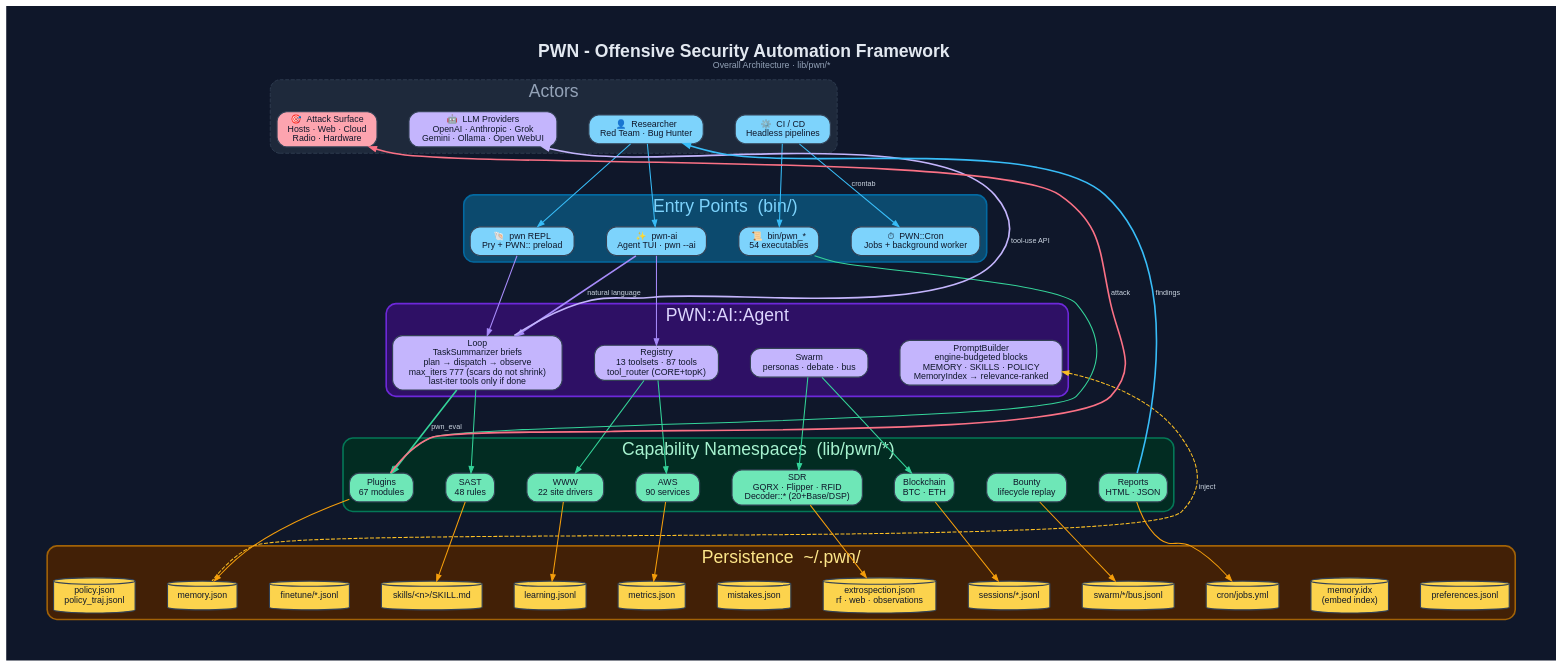
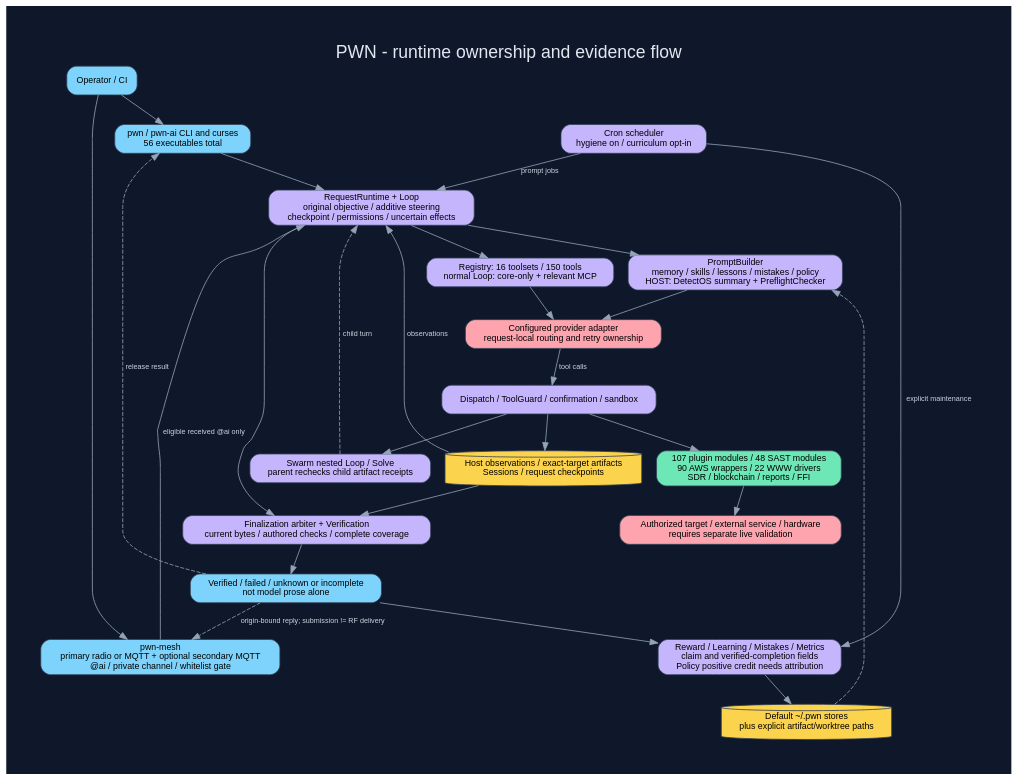
One commit to 0dayInc/pwn changed the diagram in documentation/diagrams/dot/overall-pwn-architecture.dot. Above: the diagram before and after it, drawn with Graphviz. The commit also changed 94 other files, not shown here.

```diff
--- a/documentation/diagrams/dot/overall-pwn-architecture.dot
+++ b/documentation/diagrams/dot/overall-pwn-architecture.dot
@@ -1,122 +1,34 @@
-digraph "PWN_Overall_Architecture" {
-  graph [
-    label=<<B>PWN - Offensive Security Automation Framework</B><BR/><FONT POINT-SIZE="11" COLOR="#94a3b8">Overall Architecture · lib/pwn/*</FONT>>,
-    labelloc=t, fontsize=22, fontname="Helvetica",
-    rankdir=TB, splines=spline, nodesep=0.55, ranksep=1.15,
-    bgcolor="#0f172a", fontcolor="#e2e8f0", pad=0.6, compound=true, newrank=true
-  ];
-  node [fontname="Helvetica", fontsize=11, style="filled,rounded",
-        shape=box, penwidth=1.4, color="#334155", fontcolor="#0f172a"];
-  edge [fontname="Helvetica", fontsize=9, color="#94a3b8",
-        fontcolor="#cbd5e1", penwidth=1.3, arrowsize=0.8];
-
-  /* ───────── L0 · ACTORS ───────── */
-  subgraph cluster_actors {
-    label="Actors"; fontcolor="#94a3b8"; style="rounded,dashed";
-    color="#334155"; bgcolor="#1e293b";
-    User   [label="👤  Researcher\nRed Team · Bug Hunter", fillcolor="#7dd3fc"];
-    CI     [label="⚙️  CI / CD\nHeadless pipelines",       fillcolor="#7dd3fc"];
-    LLM    [label="🤖  LLM Providers\nOpenAI · Anthropic · Grok\nGemini · Ollama · Open WebUI", fillcolor="#c4b5fd"];
-    Target [label="🎯  Attack Surface\nHosts · Web · Cloud\nRadio · Hardware", fillcolor="#fda4af"];
-  }
-  {rank=same; User; CI; LLM; Target}
-
-  /* ───────── L1 · ENTRY POINTS ───────── */
-  subgraph cluster_entry {
-    label="Entry Points  (bin/)"; fontcolor="#7dd3fc";
-    style=rounded; color="#0369a1"; bgcolor="#0c4a6e"; penwidth=2;
-    REPL  [label="🐚  pwn REPL\nPry + PWN:: preload",       fillcolor="#7dd3fc"];
-    PwnAI [label="✨  pwn-ai\nAgent TUI · pwn --ai",         fillcolor="#7dd3fc"];
-    CLI   [label="📜  bin/pwn_*\n54 executables",            fillcolor="#7dd3fc"];
-    Cronb [label="⏱  PWN::Cron\nJobs + background worker", fillcolor="#7dd3fc"];
-  }
-  {rank=same; REPL; PwnAI; CLI; Cronb}
-
-  /* ───────── L2 · AI AGENT CORE ───────── */
-  subgraph cluster_agent {
-    label="PWN::AI::Agent"; fontcolor="#ddd6fe";
-    style=rounded; color="#6d28d9"; bgcolor="#2e1065"; penwidth=2;
-    Loop     [label="Loop\nTaskSummarizer briefs\nplan → dispatch → observe\nmax_iters 777 (scars do not shrink)\nlast-iter tools only if done",      fillcolor="#c4b5fd"];
-    Registry [label="Registry\n13 toolsets · 87 tools\ntool_router (CORE+topK)",    fillcolor="#c4b5fd"];
-    Swarm    [label="Swarm\npersonas · debate · bus",        fillcolor="#c4b5fd"];
-    Prompt   [label="PromptBuilder\nengine-budgeted blocks\nMEMORY · SKILLS · POLICY\nMemoryIndex → relevance-ranked",fillcolor="#c4b5fd"];
-  }
-  {rank=same; Loop; Registry; Swarm; Prompt}
-
-  /* ───────── L3 · CAPABILITY NAMESPACES ───────── */
-  subgraph cluster_caps {
-    label="Capability Namespaces  (lib/pwn/*)"; fontcolor="#a7f3d0";
-    style=rounded; color="#047857"; bgcolor="#022c22"; penwidth=2;
-    Plugins [label="Plugins\n67 modules",     fillcolor="#6ee7b7"];
-    SAST    [label="SAST\n48 rules",          fillcolor="#6ee7b7"];
-    WWW     [label="WWW\n22 site drivers",    fillcolor="#6ee7b7"];
-    AWS     [label="AWS\n90 services",        fillcolor="#6ee7b7"];
-    SDR     [label="SDR\nGQRX · Flipper · RFID\nDecoder::* (20+Base/DSP)", fillcolor="#6ee7b7"];
-    Chain   [label="Blockchain\nBTC · ETH",   fillcolor="#6ee7b7"];
-    Bounty  [label="Bounty\nlifecycle replay", fillcolor="#6ee7b7"];
-    Reports [label="Reports\nHTML · JSON",    fillcolor="#6ee7b7"];
-  }
-  {rank=same; Plugins; SAST; WWW; AWS; SDR; Chain; Bounty; Reports}
-
-  /* ───────── L4 · PERSISTENCE (~/.pwn) ───────── */
-  subgraph cluster_persist {
-    label="Persistence  ~/.pwn/"; fontcolor="#fde68a";
-    style=rounded; color="#a16207"; bgcolor="#422006"; penwidth=2;
-    Memory   [label="memory.json",       shape=cylinder, fillcolor="#fcd34d"];
-    MemIdx   [label="memory.idx\n(embed index)", shape=cylinder, fillcolor="#fcd34d"];
-    Skills   [label="skills/<n>/SKILL.md",        shape=cylinder, fillcolor="#fcd34d"];
-    Learn    [label="learning.jsonl",     shape=cylinder, fillcolor="#fcd34d"];
-    Metrics  [label="metrics.json",       shape=cylinder, fillcolor="#fcd34d"];
-    MistF    [label="mistakes.json",      shape=cylinder, fillcolor="#fcd34d"];
-    Extro    [label="extrospection.json\nrf · web · observations", shape=cylinder, fillcolor="#fcd34d"];
-    Sessions [label="sessions/*.jsonl",   shape=cylinder, fillcolor="#fcd34d"];
-    SwarmB   [label="swarm/*/bus.jsonl",  shape=cylinder, fillcolor="#fcd34d"];
-    CronF    [label="cron/jobs.yml",      shape=cylinder, fillcolor="#fcd34d"];
-    Finetune [label="finetune/*.jsonl", shape=cylinder, fillcolor="#fcd34d"];
-    Prefs    [label="preferences.jsonl", shape=cylinder, fillcolor="#fcd34d"];
-    PolicyF  [label="policy.json\npolicy_traj.jsonl", shape=cylinder, fillcolor="#fcd34d"];
-  }
-  {rank=same; Memory; MemIdx; Skills; Learn; Metrics; MistF; Extro; Sessions; SwarmB; CronF; Finetune; Prefs; PolicyF}
-
-  /* ── L0 → L1 ── */
-  User -> REPL   [color="#38bdf8"];
-  User -> PwnAI  [color="#38bdf8"];
-  CI   -> CLI    [color="#38bdf8"];
-  CI   -> Cronb  [label="crontab", color="#38bdf8"];
-
-  /* ── L1 → L2 ── */
-  REPL  -> Loop     [color="#a78bfa"];
-  PwnAI -> Loop     [label="natural language", color="#a78bfa", penwidth=2];
-  PwnAI -> Registry [color="#a78bfa"];
-  CLI   -> Swarm    [style=invis];
-  Cronb -> Prompt   [style=invis];
-
-  /* ── L2 → L3 ── */
-  Loop     -> Plugins [label="pwn_eval", color="#34d399", penwidth=2];
-  Loop     -> SAST    [color="#34d399"];
-  Registry -> WWW     [color="#34d399"];
-  Registry -> AWS     [color="#34d399"];
-  Swarm    -> SDR     [color="#34d399"];
-  Swarm    -> Chain   [color="#34d399"];
-  Prompt   -> Bounty  [style=invis];
-  Prompt   -> Reports [style=invis];
-  CLI      -> Plugins [color="#34d399", constraint=false];
-
-  /* ── L3 → L4 ── */
-  Plugins -> Memory   [color="#f59e0b"];
-  SAST    -> Skills   [color="#f59e0b"];
-  WWW     -> Learn    [color="#f59e0b"];
-  AWS     -> Metrics  [color="#f59e0b"];
-  SDR     -> MistF    [style=invis];
-  SDR     -> Extro    [color="#f59e0b"];
-  Chain   -> Sessions [color="#f59e0b"];
-  Bounty  -> SwarmB   [color="#f59e0b"];
-  Reports -> CronF    [color="#f59e0b"];
-  Reports -> Prefs    [style=invis];
-
-  /* ── side flows (few, non-constraining) ── */
-  Loop    -> LLM    [label="tool-use API", color="#c4b5fd", constraint=false, penwidth=2];
-  Plugins -> Target [label="attack",       color="#fb7185", constraint=false, penwidth=2];
-  Prompt  -> Memory [label="inject", dir=back, color="#fbbf24", constraint=false, style=dashed];
-  Reports -> User   [label="findings", color="#38bdf8", constraint=false, penwidth=2];
+digraph PWN_Architecture {
+  graph [label="PWN - runtime ownership and evidence flow", labelloc=t, fontsize=22,
+    fontname="Helvetica", rankdir=TB, bgcolor="#0f172a", fontcolor="#e2e8f0", pad=0.6];
+  node [fontname="Helvetica", fontsize=11, shape=box, style="rounded,filled", fillcolor="#c4b5fd", color="#334155"];
+  edge [fontname="Helvetica", fontsize=9, color="#94a3b8", fontcolor="#cbd5e1"];
+  Operator [label="Operator / CI", fillcolor="#7dd3fc"];
+  Entry [label="pwn / pwn-ai CLI and curses\n56 executables total", fillcolor="#7dd3fc"];
+  Mesh [label="pwn-mesh\nprimary radio or MQTT + optional secondary MQTT\n@ai / private channel / whitelist gate", fillcolor="#7dd3fc"];
+  Runtime [label="RequestRuntime + Loop\noriginal objective / additive steering\ncheckpoint / permissions / uncertain effects"];
+  Prompt [label="PromptBuilder\nmemory / skills / lessons / mistakes / policy\nHOST: DetectOS summary + PreflightChecker"];
+  Registry [label="Registry: 16 toolsets / 150 tools\nnormal Loop: core-only + relevant MCP"];
+  Provider [label="Configured provider adapter\nrequest-local routing and retry ownership", fillcolor="#fda4af"];
+  Dispatch [label="Dispatch / ToolGuard / confirmation / sandbox"];
+  Capabilities [label="107 plugin modules / 48 SAST modules\n90 AWS wrappers / 22 WWW drivers\nSDR / blockchain / reports / FFI", fillcolor="#6ee7b7"];
+  Target [label="Authorized target / external service / hardware\nrequires separate live validation", fillcolor="#fda4af"];
+  Evidence [label="Host observations / exact-target artifacts\nSessions / request checkpoints", shape=cylinder, fillcolor="#fcd34d"];
+  Verify [label="Finalization arbiter + Verification\ncurrent bytes / authored checks / complete coverage"];
+  Outcome [label="Verified / failed / unknown or incomplete\nnot model prose alone", fillcolor="#7dd3fc"];
+  Learn [label="Reward / Learning / Mistakes / Metrics\nclaim and verified-completion fields\nPolicy positive credit needs attribution"];
+  Stores [label="Default ~/.pwn stores\nplus explicit artifact/worktree paths", shape=cylinder, fillcolor="#fcd34d"];
+  Swarm [label="Swarm nested Loop / Solve\nparent rechecks child artifact receipts"];
+  Cron [label="Cron scheduler\nhygiene on / curriculum opt-in"];
+  Operator -> Entry; Operator -> Mesh;
+  Entry -> Runtime; Mesh -> Runtime [label="eligible received @ai only"];
+  Runtime -> Prompt; Runtime -> Registry; Prompt -> Provider; Registry -> Provider;
+  Provider -> Dispatch [label="tool calls"]; Dispatch -> Capabilities;
+  Capabilities -> Target; Dispatch -> Evidence; Evidence -> Runtime [label="observations"];
+  Runtime -> Verify; Evidence -> Verify; Verify -> Outcome;
+  Outcome -> Learn; Learn -> Stores; Stores -> Prompt [style=dashed];
+  Dispatch -> Swarm; Swarm -> Runtime [label="child turn", style=dashed];
+  Cron -> Runtime [label="prompt jobs"]; Cron -> Learn [label="explicit maintenance"];
+  Outcome -> Entry [label="release result", style=dashed];
+  Outcome -> Mesh [label="origin-bound reply; submission != RF delivery", style=dashed];
 }
```
